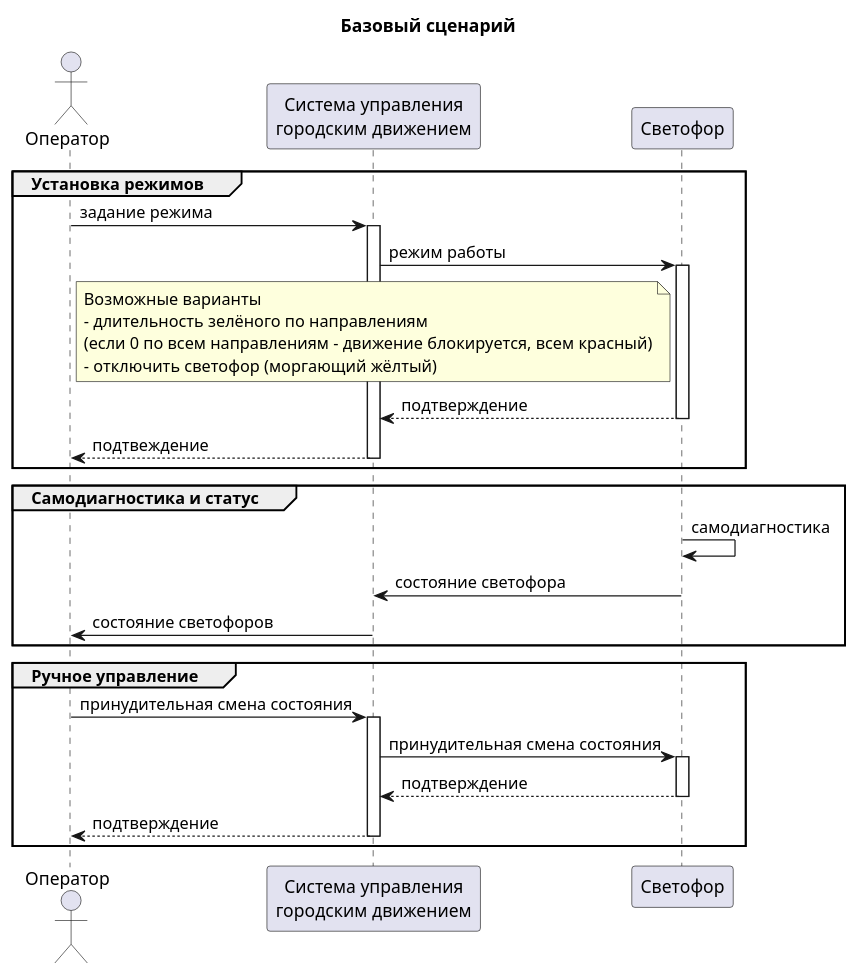
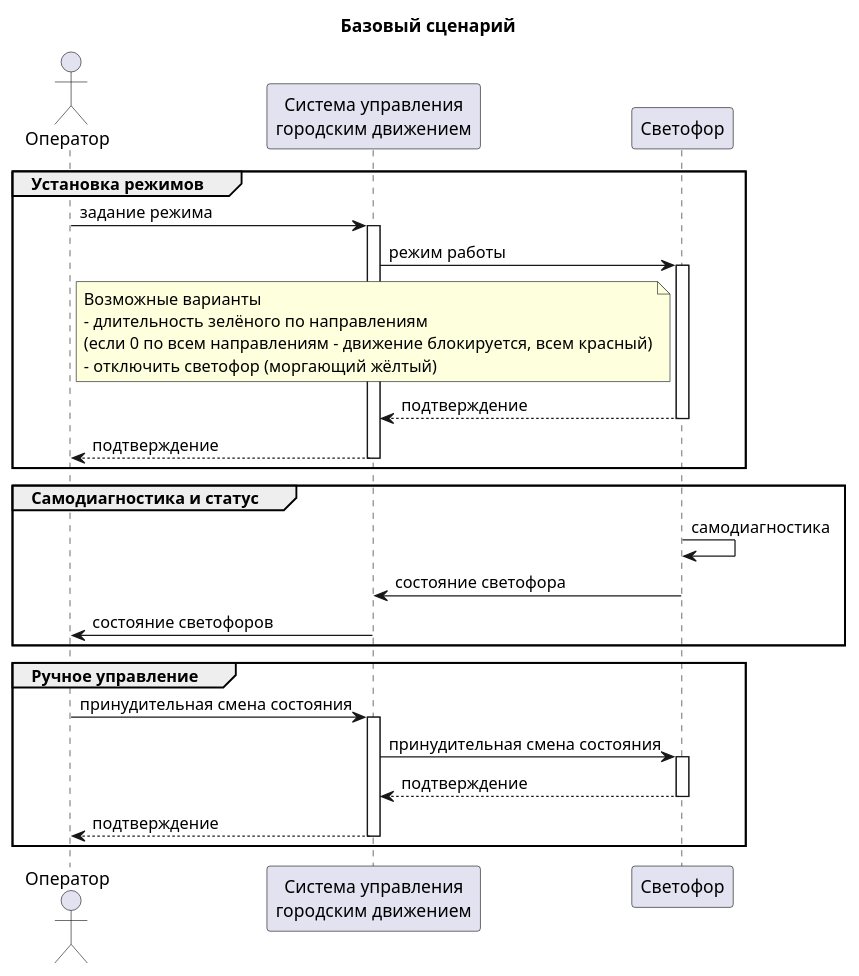
Before and after one commit to DarimaU/desktop-tutorial: the first of 3 diagrams in README.md, drawn with PlantUML.

```diff
--- a/README.md
+++ b/README.md
@@ -1,41 +1,41 @@
 @startuml "базовый сценарий"
 
 title Базовый сценарий
 
 actor "Оператор" as op
 participant "Система управления\nгородским движением" as tm
 participant "Светофор" as tl
 
 group Установка режимов
 
 op -> tm++: задание режима
 tm -> tl++: режим работы
 
 note over tm
 Возможные варианты
 - длительность зелёного по направлениям 
 (если 0 по всем направлениям - движение блокируется, всем красный)
 - отключить светофор (моргающий жёлтый)
 end note
 
 tl --> tm--: подтверждение
-tm --> op--: подтвеждение
+tm --> op--: подтверждение
 
 end
 
 group Самодиагностика и статус
 tl -> tl: самодиагностика
 tl -> tm: состояние светофора
 tm -> op: состояние светофоров
 end
 
 group Ручное управление
 
 op -> tm++: принудительная смена состояния
 tm -> tl++: принудительная смена состояния
 tl --> tm--: подтверждение
 tm --> op--: подтверждение
 
 end
 
 @enduml
```
